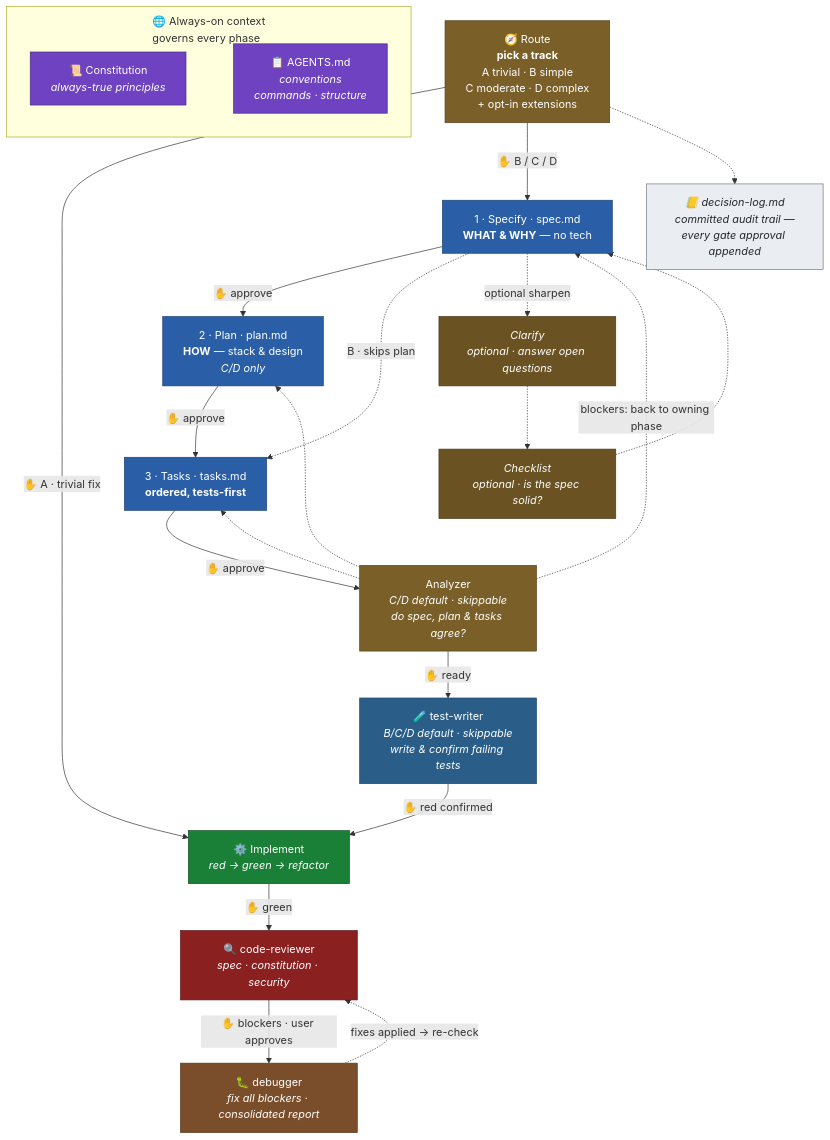
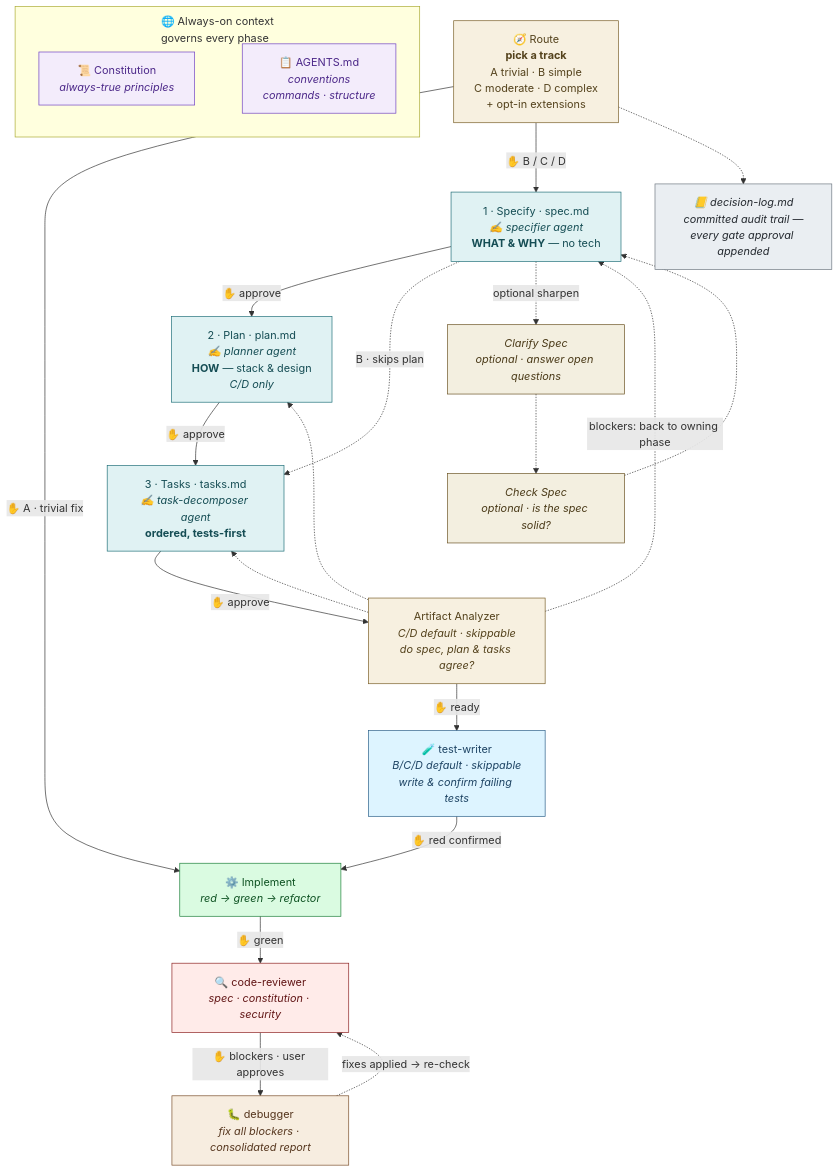
One commit to saptarshibasu/spec-driven-development changed the first of 2 diagrams in README.md. Above: the diagram before and after it, drawn with Mermaid. The commit also changed other lines of this file and 99 other files, not shown here.

Commit message:
spec-plan-task converted to agents

````diff
--- a/README.md
+++ b/README.md
@@ -24,46 +24,46 @@
 ```mermaid
 %%{init: {'flowchart': {'nodeSpacing': 50, 'rankSpacing': 45, 'subGraphTitleMargin': {'top': 10, 'bottom': 10}}, 'themeVariables': {'fontSize': '16px'}}}%%
 flowchart TD
     subgraph CTX["🌐 Always-on context<br/>governs every phase"]
         direction LR
         K["📜 Constitution<br/><i>always-true principles</i>"]:::gov
         AGT["📋 AGENTS.md<br/><i>conventions<br/>commands · structure</i>"]:::gov
         K ~~~ AGT
     end
     RT["🧭 Route<br/><b>pick a track</b><br/>A trivial · B simple<br/>C moderate · D complex<br/>+ opt-in extensions"]:::gate
-    S["1 · Specify · spec.md<br/><b>WHAT & WHY</b> — no tech"]:::phase
-    CL["Clarify<br/><i>optional · answer open questions</i>"]:::opt
-    CK["Checklist<br/><i>optional · is the spec solid?</i>"]:::opt
-    P["2 · Plan · plan.md<br/><b>HOW</b> — stack & design<br/><i>C/D only</i>"]:::phase
-    T["3 · Tasks · tasks.md<br/><b>ordered, tests-first</b>"]:::phase
-    AN["Analyzer<br/><i>C/D default · skippable<br/>do spec, plan & tasks agree?</i>"]:::gate
+    S["1 · Specify · spec.md<br/><i>✍️ specifier agent</i><br/><b>WHAT & WHY</b> — no tech"]:::draft
+    CL["Clarify Spec<br/><i>optional · answer open questions</i>"]:::opt
+    CK["Check Spec<br/><i>optional · is the spec solid?</i>"]:::opt
+    P["2 · Plan · plan.md<br/><i>✍️ planner agent</i><br/><b>HOW</b> — stack & design<br/><i>C/D only</i>"]:::draft
+    T["3 · Tasks · tasks.md<br/><i>✍️ task-decomposer agent</i><br/><b>ordered, tests-first</b>"]:::draft
+    AN["Artifact Analyzer<br/><i>C/D default · skippable<br/>do spec, plan & tasks agree?</i>"]:::gate
     TW["🧪 test-writer<br/><i>B/C/D default · skippable<br/>write & confirm failing tests</i>"]:::twriter
     I["⚙️ Implement<br/><i>red → green → refactor</i>"]:::impl
     R["🔍 code-reviewer<br/><i>spec · constitution · security</i>"]:::reviewer
     DB["🐛 debugger<br/><i>fix all blockers · consolidated report</i>"]:::debug
     DL["📒 decision-log.md<br/><i>committed audit trail —<br/>every gate approval appended</i>"]:::audit
 
     RT -->|✋ A · trivial fix| I
     RT -->|✋ B / C / D| S
     S -->|✋ approve| P -->|✋ approve| T -->|✋ approve| AN -->|✋ ready| TW -->|✋ red confirmed| I -->|✋ green| R
     R -->|"✋ blockers · user approves"| DB
     DB -. "fixes applied → re-check" .-> R
     S -. B · skips plan .-> T
     S -. optional sharpen .-> CL
     CL -.-> CK
     CK -.-> S
     AN -. "blockers: back to owning phase" .-> S
     AN -.-> P
     AN -.-> T
     RT -.-> DL
 
-    classDef gov fill:#6f42c1,color:#fff,stroke:#4c2889
-    classDef phase fill:#2a5fa8,color:#fff,stroke:#1e4472
-    classDef gate fill:#7a5f28,color:#fff,stroke:#54421c
-    classDef opt fill:#6a5222,color:#fff,stroke:#4a3a18,font-style:italic
-    classDef impl fill:#1a7f37,color:#fff,stroke:#0f5323
-    classDef twriter fill:#2a5e88,color:#fff,stroke:#1e4464
-    classDef reviewer fill:#8b2020,color:#fff,stroke:#621616
-    classDef debug fill:#7a4e2a,color:#fff,stroke:#56361e
+    classDef gov fill:#f3ecfb,color:#4c2889,stroke:#6f42c1
+    classDef draft fill:#e0f2f3,color:#154d54,stroke:#1f6f78
+    classDef gate fill:#f7f0e0,color:#54421c,stroke:#7a5f28
+    classDef opt fill:#f3efe0,color:#4a3a18,stroke:#6a5222,font-style:italic
+    classDef impl fill:#dafbe1,color:#0f5323,stroke:#1a7f37
+    classDef twriter fill:#ddf4ff,color:#1e4464,stroke:#2a5e88
+    classDef reviewer fill:#ffebe9,color:#621616,stroke:#8b2020
+    classDef debug fill:#f7ede0,color:#56361e,stroke:#7a4e2a
     classDef audit fill:#eaeef2,color:#24292f,stroke:#6e7781,font-style:italic
 ```
````
